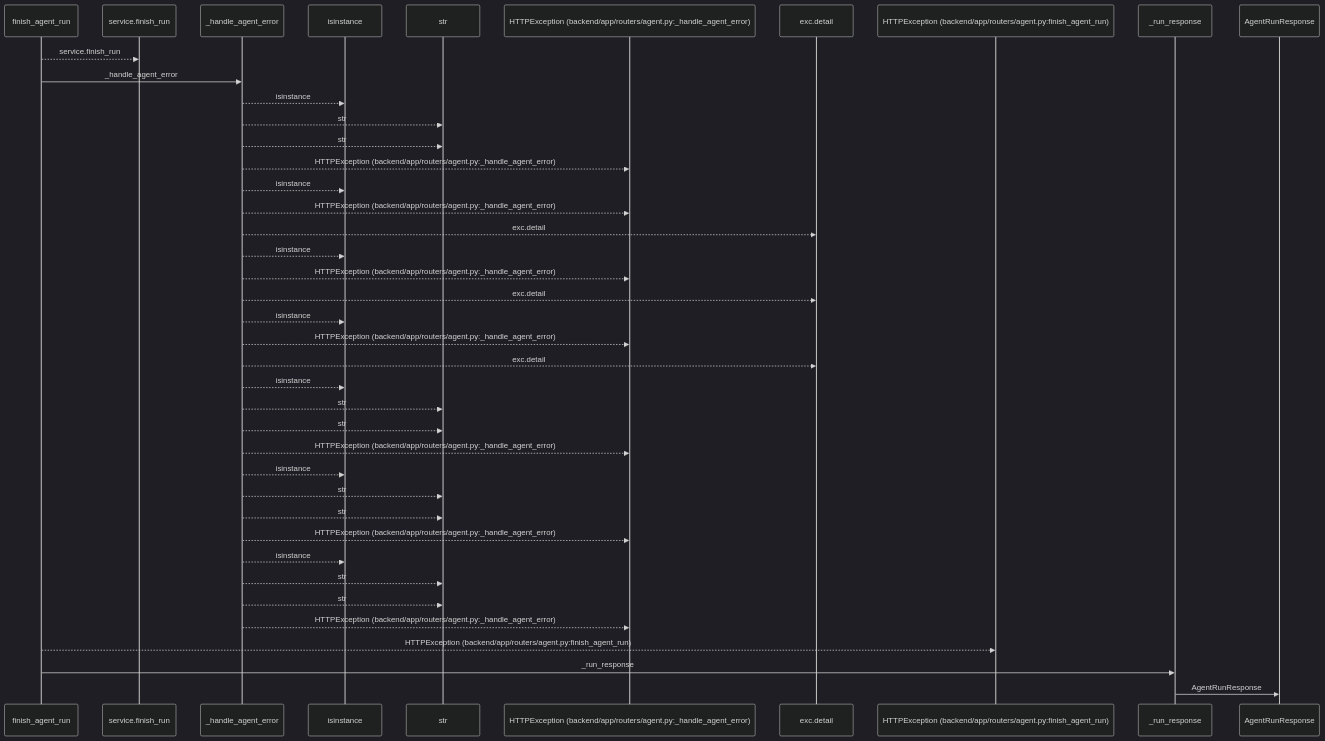
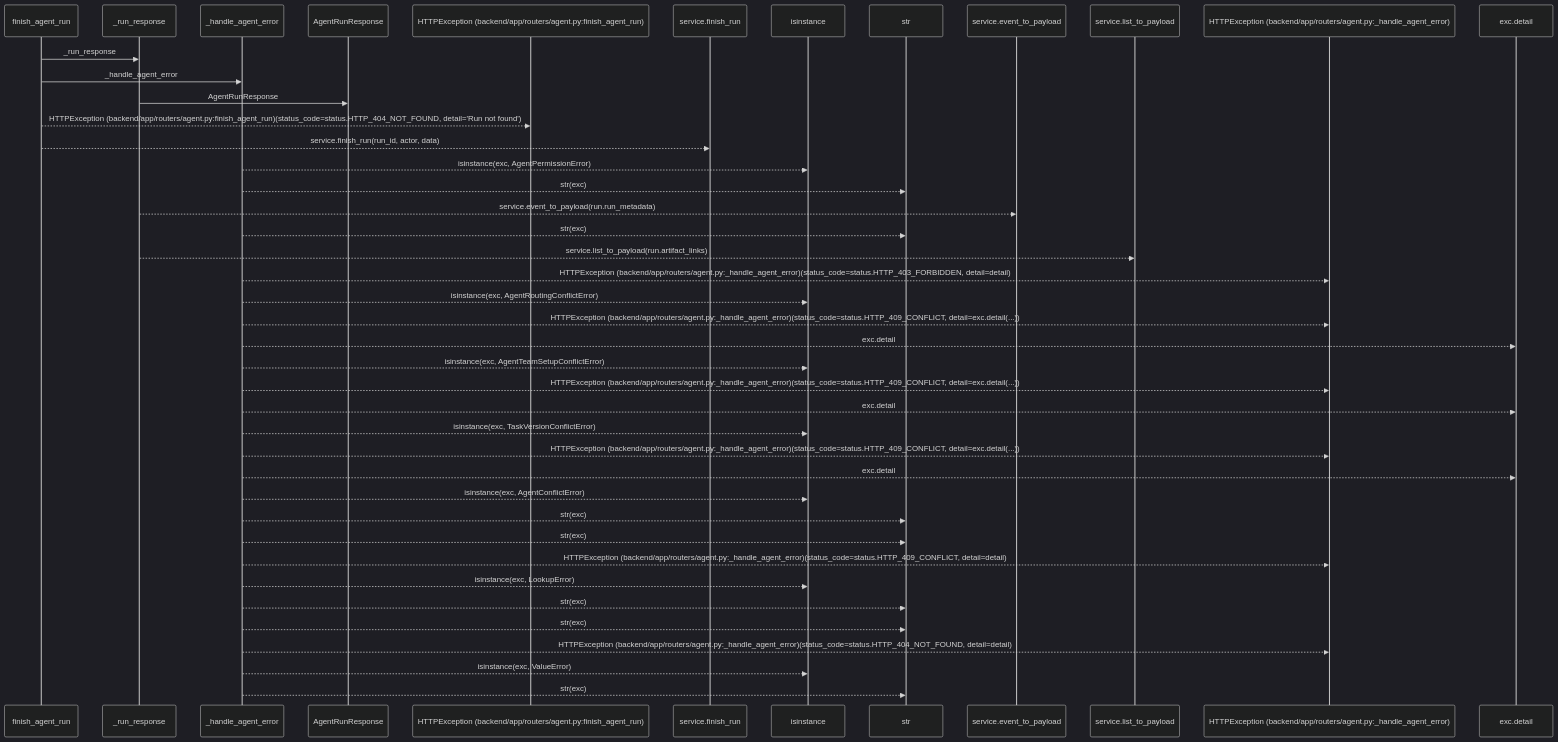
The first of 2 diagrams in docs/llm_wiki/flows/http-finish_agent_run.md (Denissvgn/WorkChord), drawn with Mermaid (dark theme) before and after one commit. The commit also changed other lines of this file and 25171 other files, not shown here.

````diff
--- a/docs/llm_wiki/flows/http-finish_agent_run.md
+++ b/docs/llm_wiki/flows/http-finish_agent_run.md
@@ -10,43 +12,45 @@
 ```mermaid
 sequenceDiagram
     participant p0 as finish_agent_run
-    participant p1 as service.finish_run
+    participant p1 as _run_response
     participant p2 as _handle_agent_error
-    participant p3 as isinstance
-    participant p4 as str
-    participant p5 as HTTPException (backend/app/routers/agent.py:_handle_agent_error)
-    participant p6 as exc.detail
-    participant p7 as HTTPException (backend/app/routers/agent.py:finish_agent_run)
-    participant p8 as _run_response
-    participant p9 as AgentRunResponse
-    p0-->>p1: service.finish_run
+    participant p3 as AgentRunResponse
+    participant p4 as HTTPException (backend/app/routers/agent.py:finish_agent_run)
+    participant p5 as service.finish_run
+    participant p6 as isinstance
+    participant p7 as str
+    participant p8 as service.event_to_payload
+    participant p9 as service.list_to_payload
+    participant p10 as HTTPException (backend/app/routers/agent.py:_handle_agent_error)
+    participant p11 as exc.detail
+    p0->>p1: _run_response
     p0->>p2: _handle_agent_error
-    p2-->>p3: isinstance
-    p2-->>p4: str
-    p2-->>p4: str
-    p2-->>p5: HTTPException (backend/app/routers/agent.py:_handle_agent_error)
-    p2-->>p3: isinstance
-    p2-->>p5: HTTPException (backend/app/routers/agent.py:_handle_agent_error)
-    p2-->>p6: exc.detail
-    p2-->>p3: isinstance
-    p2-->>p5: HTTPException (backend/app/routers/agent.py:_handle_agent_error)
-    p2-->>p6: exc.detail
-    p2-->>p3: isinstance
-    p2-->>p5: HTTPException (backend/app/routers/agent.py:_handle_agent_error)
-    p2-->>p6: exc.detail
-    p2-->>p3: isinstance
-    p2-->>p4: str
-    p2-->>p4: str
-    p2-->>p5: HTTPException (backend/app/routers/agent.py:_handle_agent_error)
-    p2-->>p3: isinstance
-    p2-->>p4: str
-    p2-->>p4: str
-    p2-->>p5: HTTPException (backend/app/routers/agent.py:_handle_agent_error)
-    p2-->>p3: isinstance
-    p2-->>p4: str
-    p2-->>p4: str
-    p2-->>p5: HTTPException (backend/app/routers/agent.py:_handle_agent_error)
-    p0-->>p7: HTTPException (backend/app/routers/agent.py:finish_agent_run)
-    p0->>p8: _run_response
-    p8->>p9: AgentRunResponse
+    p1->>p3: AgentRunResponse
+    p0-->>p4: HTTPException (backend/app/routers/agent.py:finish_agent_run)(status_code=status.HTTP_404_NOT_FOUND, detail='Run not found')
+    p0-->>p5: service.finish_run(run_id, actor, data)
+    p2-->>p6: isinstance(exc, AgentPermissionError)
+    p2-->>p7: str(exc)
+    p1-->>p8: service.event_to_payload(run.run_metadata)
+    p2-->>p7: str(exc)
+    p1-->>p9: service.list_to_payload(run.artifact_links)
+    p2-->>p10: HTTPException (backend/app/routers/agent.py:_handle_agent_error)(status_code=status.HTTP_403_FORBIDDEN, detail=detail)
+    p2-->>p6: isinstance(exc, AgentRoutingConflictError)
+    p2-->>p10: HTTPException (backend/app/routers/agent.py:_handle_agent_error)(status_code=status.HTTP_409_CONFLICT, detail=exc.detail(...))
+    p2-->>p11: exc.detail
+    p2-->>p6: isinstance(exc, AgentTeamSetupConflictError)
+    p2-->>p10: HTTPException (backend/app/routers/agent.py:_handle_agent_error)(status_code=status.HTTP_409_CONFLICT, detail=exc.detail(...))
+    p2-->>p11: exc.detail
+    p2-->>p6: isinstance(exc, TaskVersionConflictError)
+    p2-->>p10: HTTPException (backend/app/routers/agent.py:_handle_agent_error)(status_code=status.HTTP_409_CONFLICT, detail=exc.detail(...))
+    p2-->>p11: exc.detail
+    p2-->>p6: isinstance(exc, AgentConflictError)
+    p2-->>p7: str(exc)
+    p2-->>p7: str(exc)
+    p2-->>p10: HTTPException (backend/app/routers/agent.py:_handle_agent_error)(status_code=status.HTTP_409_CONFLICT, detail=detail)
+    p2-->>p6: isinstance(exc, LookupError)
+    p2-->>p7: str(exc)
+    p2-->>p7: str(exc)
+    p2-->>p10: HTTPException (backend/app/routers/agent.py:_handle_agent_error)(status_code=status.HTTP_404_NOT_FOUND, detail=detail)
+    p2-->>p6: isinstance(exc, ValueError)
+    p2-->>p7: str(exc)
 ```
````
